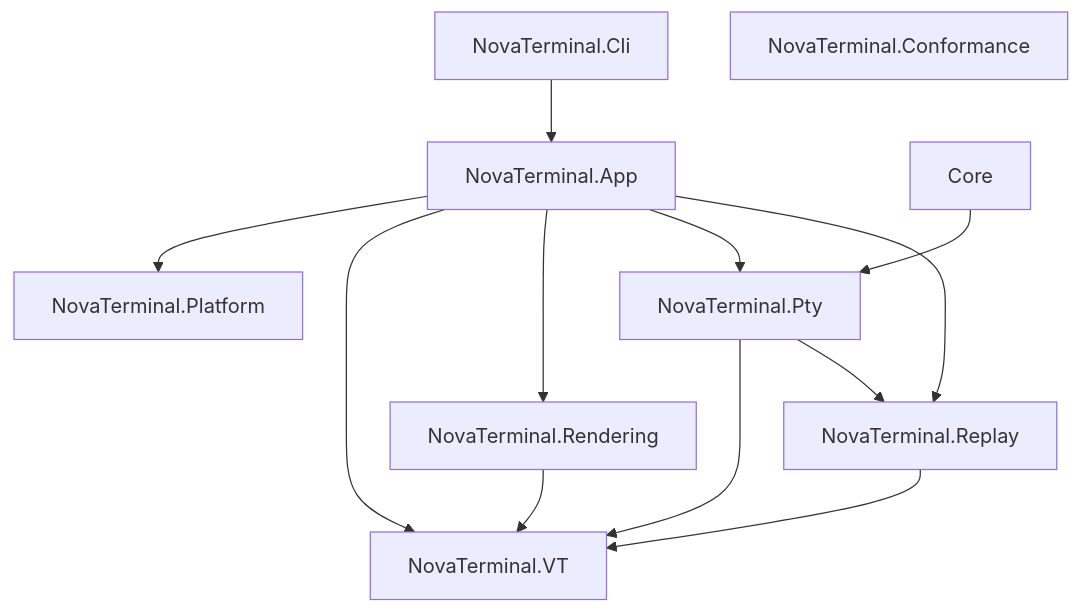
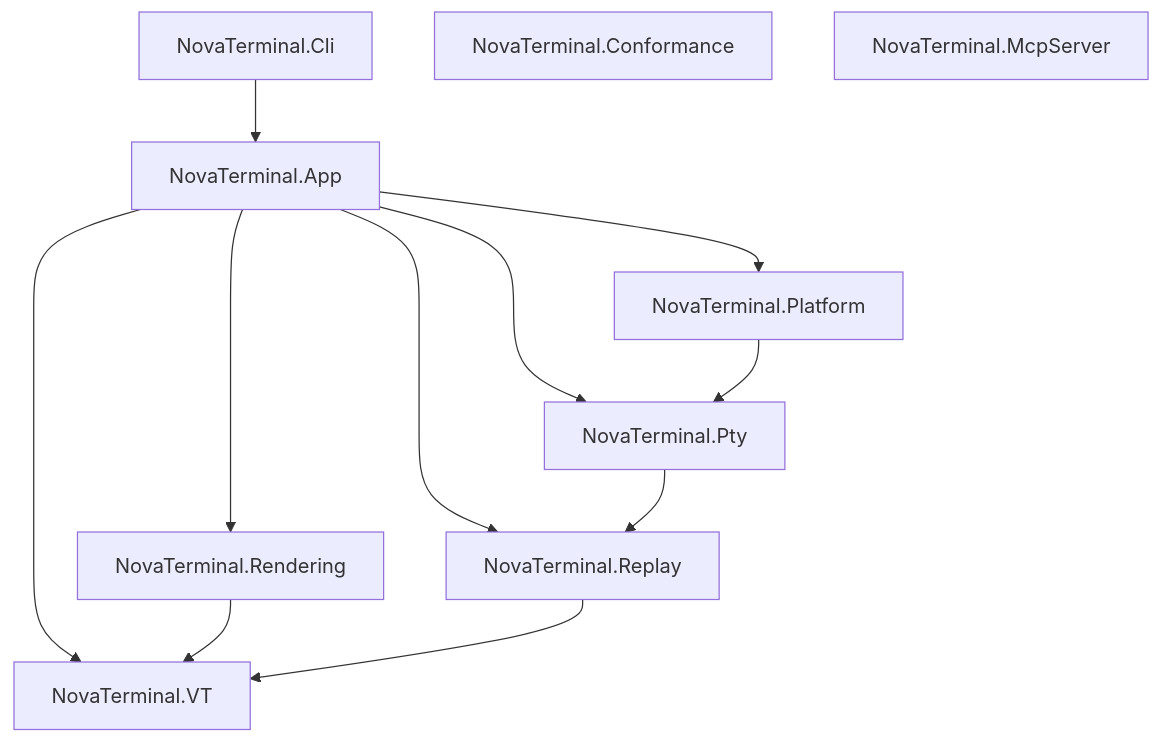
The diagram in README.md (benyblack/NovaTerminal), drawn with Mermaid before and after one commit. The commit also changed other lines of this file, not shown here.

First line of the commit message:
docs: refresh README (dependency graph, test projects, CI filter, wrappers) (#175)

````diff
--- a/README.md
+++ b/README.md
@@ -133,15 +139,15 @@
 ```mermaid
 graph TD
     Cli[NovaTerminal.Cli] --> App[NovaTerminal.App]
     App --> Platform[NovaTerminal.Platform]
     App --> VT[NovaTerminal.VT]
     App --> Rendering[NovaTerminal.Rendering]
     App --> Pty[NovaTerminal.Pty]
     App --> Replay[NovaTerminal.Replay]
-    Core --> Pty
-    Pty --> VT
+    Platform --> Pty
     Pty --> Replay
     Rendering --> VT
     Replay --> VT
     Conformance[NovaTerminal.Conformance]
+    McpServer[NovaTerminal.McpServer]
 ```
````
